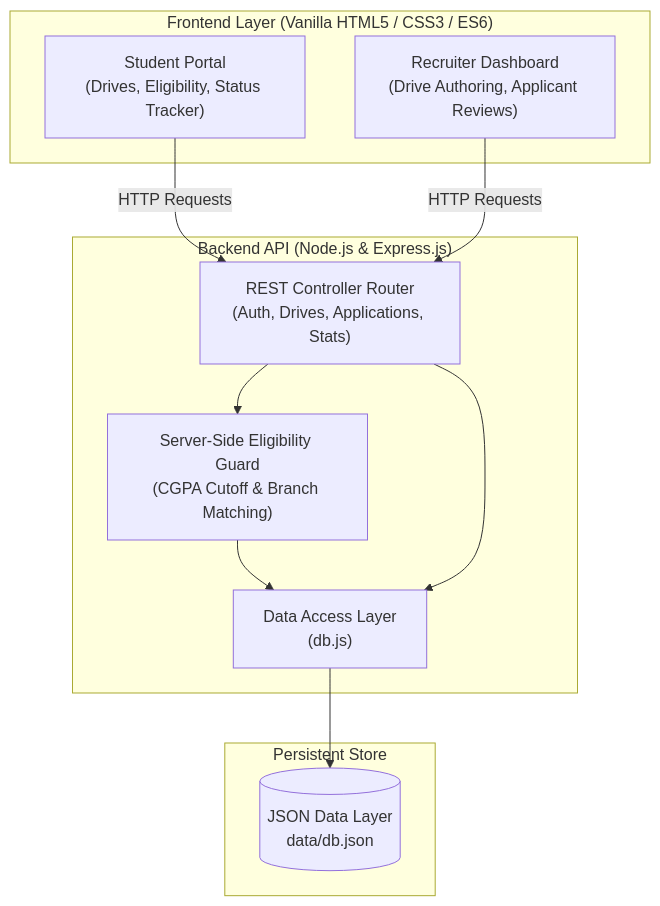
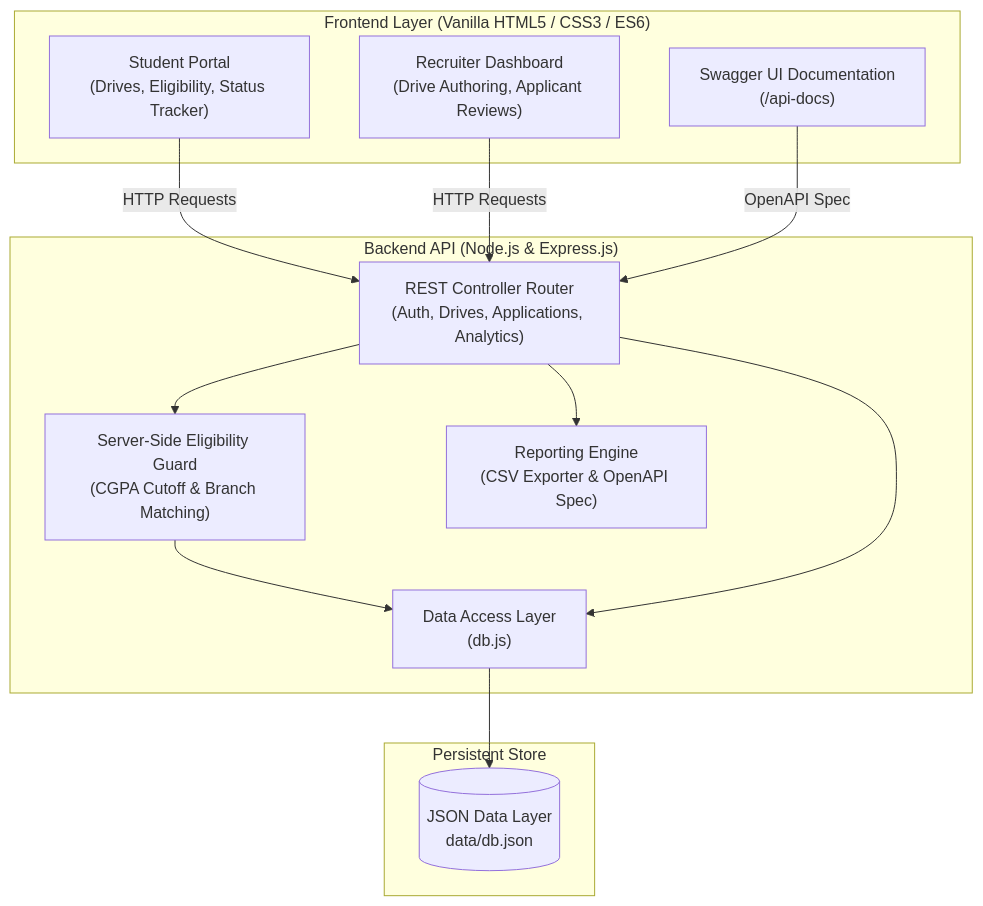
One commit to dhruvsingh29-Driod/campus-placement-management-system changed the diagram in README.md. Above: the diagram before and after it, drawn with Mermaid. The commit also changed other lines of this file and 1 other file, not shown here.

Commit message:
docs(api): document OpenAPI 3.0 specification, Swagger UI, and update changelog

````diff
--- a/README.md
+++ b/README.md
@@ -26,24 +27,28 @@
 ```mermaid
 graph TD
     subgraph Client ["Frontend Layer (Vanilla HTML5 / CSS3 / ES6)"]
         A["Student Portal<br/>(Drives, Eligibility, Status Tracker)"]
         B["Recruiter Dashboard<br/>(Drive Authoring, Applicant Reviews)"]
+        G["Swagger UI Documentation<br/>(/api-docs)"]
     end
 
     subgraph Server ["Backend API (Node.js & Express.js)"]
-        C["REST Controller Router<br/>(Auth, Drives, Applications, Stats)"]
+        C["REST Controller Router<br/>(Auth, Drives, Applications, Analytics)"]
         D["Server-Side Eligibility Guard<br/>(CGPA Cutoff & Branch Matching)"]
+        H["Reporting Engine<br/>(CSV Exporter & OpenAPI Spec)"]
         E["Data Access Layer<br/>(db.js)"]
     end
 
     subgraph Storage ["Persistent Store"]
         F[("JSON Data Layer<br/>data/db.json")]
     end
 
     A -->|HTTP Requests| C
     B -->|HTTP Requests| C
+    G -->|OpenAPI Spec| C
     C --> D
+    C --> H
     D --> E
     C --> E
     E --> F
 ```
````
